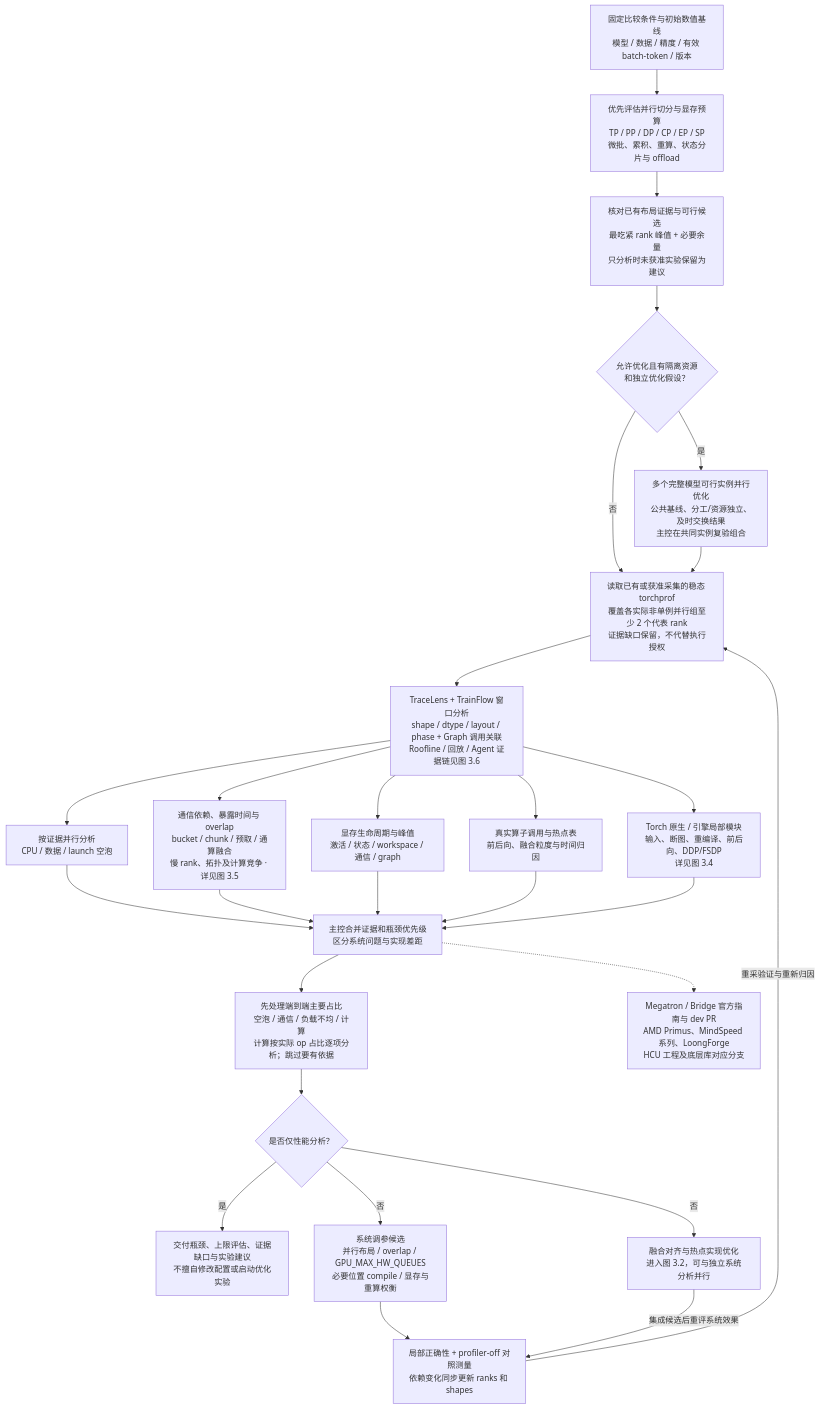
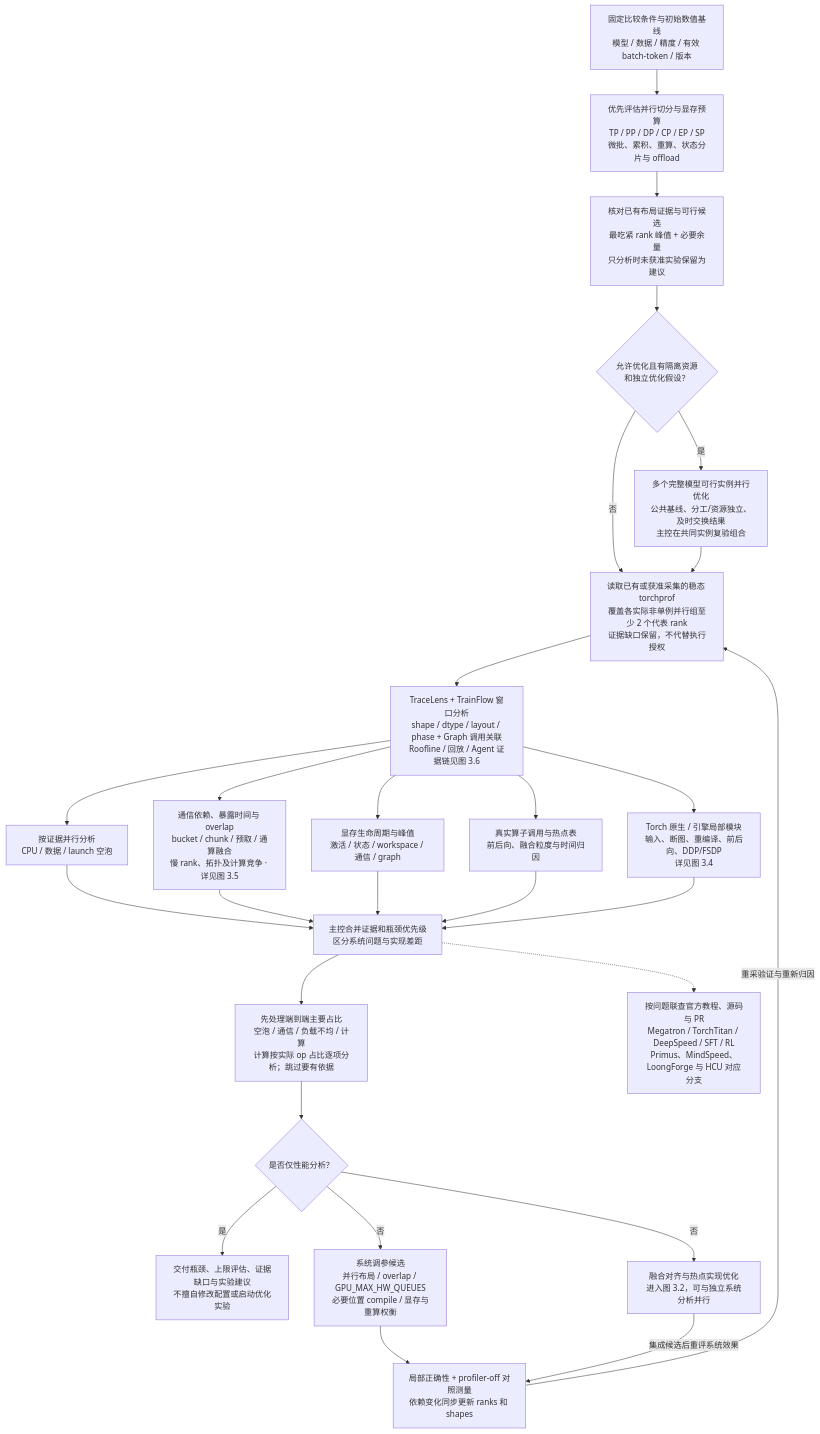
The third of 14 diagrams in docs/workflow-map.md (yuguo-Jack/HCU-TrainFlow), drawn with Mermaid before and after one commit. The commit also changed 8609 other files, not shown here.

````diff
--- a/docs/workflow-map.md
+++ b/docs/workflow-map.md
@@ -107,30 +107,30 @@
 ```mermaid
 flowchart TD
     B["固定比较条件与初始数值基线<br/>模型 / 数据 / 精度 / 有效 batch-token / 版本"] --> P["优先评估并行切分与显存预算<br/>TP / PP / DP / CP / EP / SP<br/>微批、累积、重算、状态分片与 offload"]
     P --> M["核对已有布局证据与可行候选<br/>最吃紧 rank 峰值 + 必要余量<br/>只分析时未获准实验保留为建议"]
     M --> RES{"允许优化且有隔离资源<br/>和独立优化假设？"}
     RES -->|是| INST["多个完整模型可行实例并行优化<br/>公共基线、分工/资源独立、及时交换结果<br/>主控在共同实例复验组合"]
     RES -->|否| T
     INST --> T
     T["读取已有或获准采集的稳态 torchprof<br/>覆盖各实际非单例并行组至少 2 个代表 rank<br/>证据缺口保留，不代替执行授权"]
     T --> TL["TraceLens + TrainFlow 窗口分析<br/>shape / dtype / layout / phase + Graph 调用关联<br/>Roofline / 回放 / Agent 证据链见图 3.6"]
     TL --> A["按证据并行分析<br/>CPU / 数据 / launch 空泡"]
     TL --> C["通信依赖、暴露时间与 overlap<br/>bucket / chunk / 预取 / 通算融合<br/>慢 rank、拓扑及计算竞争 · 详见图 3.5"]
     TL --> V["显存生命周期与峰值<br/>激活 / 状态 / workspace / 通信 / graph"]
     TL --> O["真实算子调用与热点表<br/>前后向、融合粒度与时间归因"]
     TL --> TORCH["Torch 原生 / 引擎局部模块<br/>输入、断图、重编译、前后向、DDP/FSDP<br/>详见图 3.4"]
     A --> H["主控合并证据和瓶颈优先级<br/>区分系统问题与实现差距"]
     C --> H
     V --> H
     O --> H
     TORCH --> H
     H --> RANK["先处理端到端主要占比<br/>空泡 / 通信 / 负载不均 / 计算<br/>计算按实际 op 占比逐项分析；跳过要有依据"]
     RANK --> MODE{"是否仅性能分析？"}
     MODE -->|是| REPORT["交付瓶颈、上限评估、证据缺口与实验建议<br/>不擅自修改配置或启动优化实验"]
     MODE -->|否| SYS["系统调参候选<br/>并行布局 / overlap / GPU_MAX_HW_QUEUES<br/>必要位置 compile / 显存与重算权衡"]
     MODE -->|否| K["融合对齐与热点实现优化<br/>进入图 3.2，可与独立系统分析并行"]
     SYS --> VERIFY["局部正确性 + profiler-off 对照测量<br/>依赖变化同步更新 ranks 和 shapes"]
     VERIFY -->|重采验证与重新归因| T
     K -->|集成候选后重评系统效果| VERIFY
-    H -.-> REF["Megatron / Bridge 官方指南与 dev PR<br/>AMD Primus、MindSpeed 系列、LoongForge<br/>HCU 工程及底层库对应分支"]
+    H -.-> REF["按问题联查官方教程、源码与 PR<br/>Megatron / TorchTitan / DeepSpeed / SFT / RL<br/>Primus、MindSpeed、LoongForge 与 HCU 对应分支"]
 ```
````
